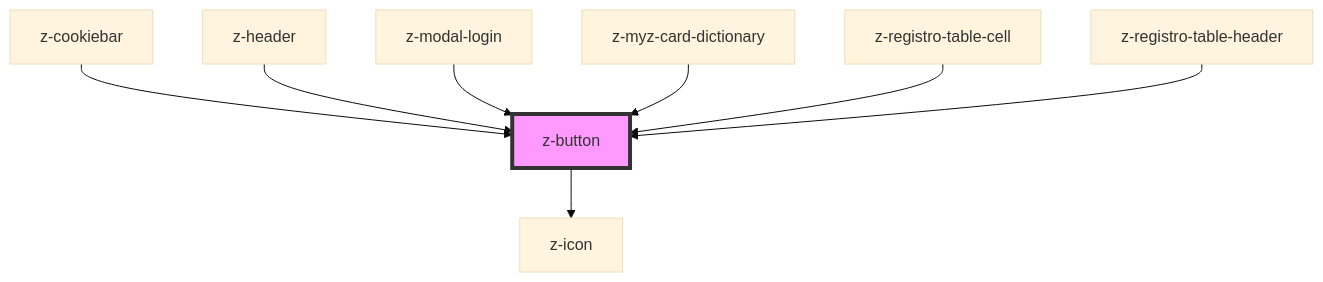
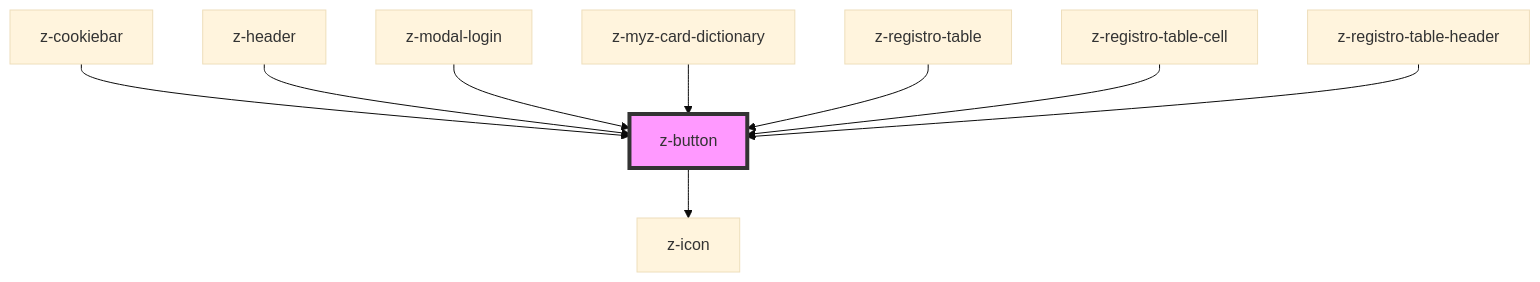
One commit to ZanichelliEditore/design-system changed the diagram in src/components/buttons/z-button/readme.md. Above: the diagram before and after it, drawn with Mermaid (base theme). The commit also changed other lines of this file and 9 other files, not shown here.

````diff
--- a/src/components/buttons/z-button/readme.md
+++ b/src/components/buttons/z-button/readme.md
@@ -69,11 +70,12 @@
 ```mermaid
 graph TD;
   z-button --> z-icon
   z-cookiebar --> z-button
   z-header --> z-button
   z-modal-login --> z-button
   z-myz-card-dictionary --> z-button
+  z-registro-table --> z-button
   z-registro-table-cell --> z-button
   z-registro-table-header --> z-button
   style z-button fill:#f9f,stroke:#333,stroke-width:4px
 ```
````
